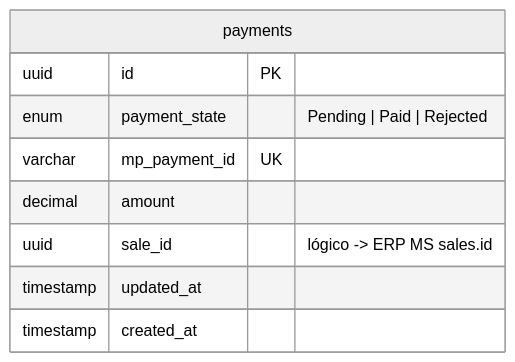
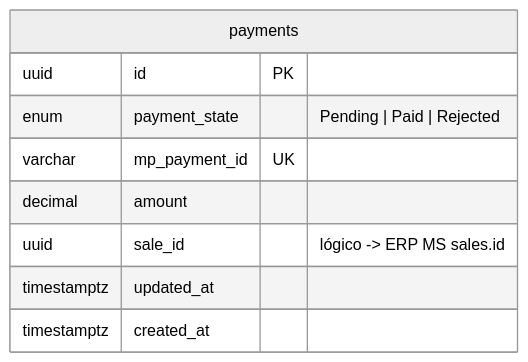
The third of 3 diagrams in docs/modelo-relacional.md (LautiZ/TrabajoFinal-ERPPymes-Grupo148), drawn with Mermaid (neutral theme) before and after one commit. The commit also changed other lines of this file and 20 other files, not shown here.

Commit message:
docs: add architecture, modules, database scripts and initial folder structure

````diff
--- a/docs/modelo-relacional.md
+++ b/docs/modelo-relacional.md
@@ -96,12 +102,12 @@
 ```mermaid
 erDiagram
     payments {
         uuid id PK
         enum payment_state "Pending | Paid | Rejected"
         varchar mp_payment_id UK
         decimal amount
         uuid sale_id "lógico -> ERP MS sales.id"
-        timestamp updated_at
-        timestamp created_at
+        timestamptz updated_at
+        timestamptz created_at
     }
 ```
````
